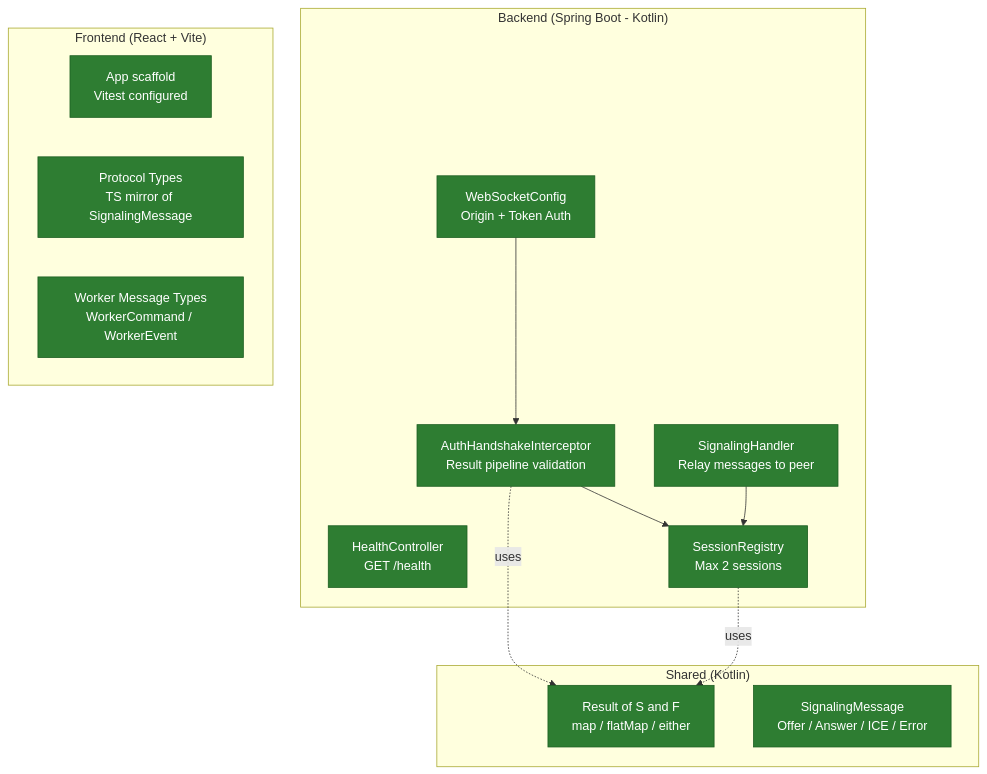
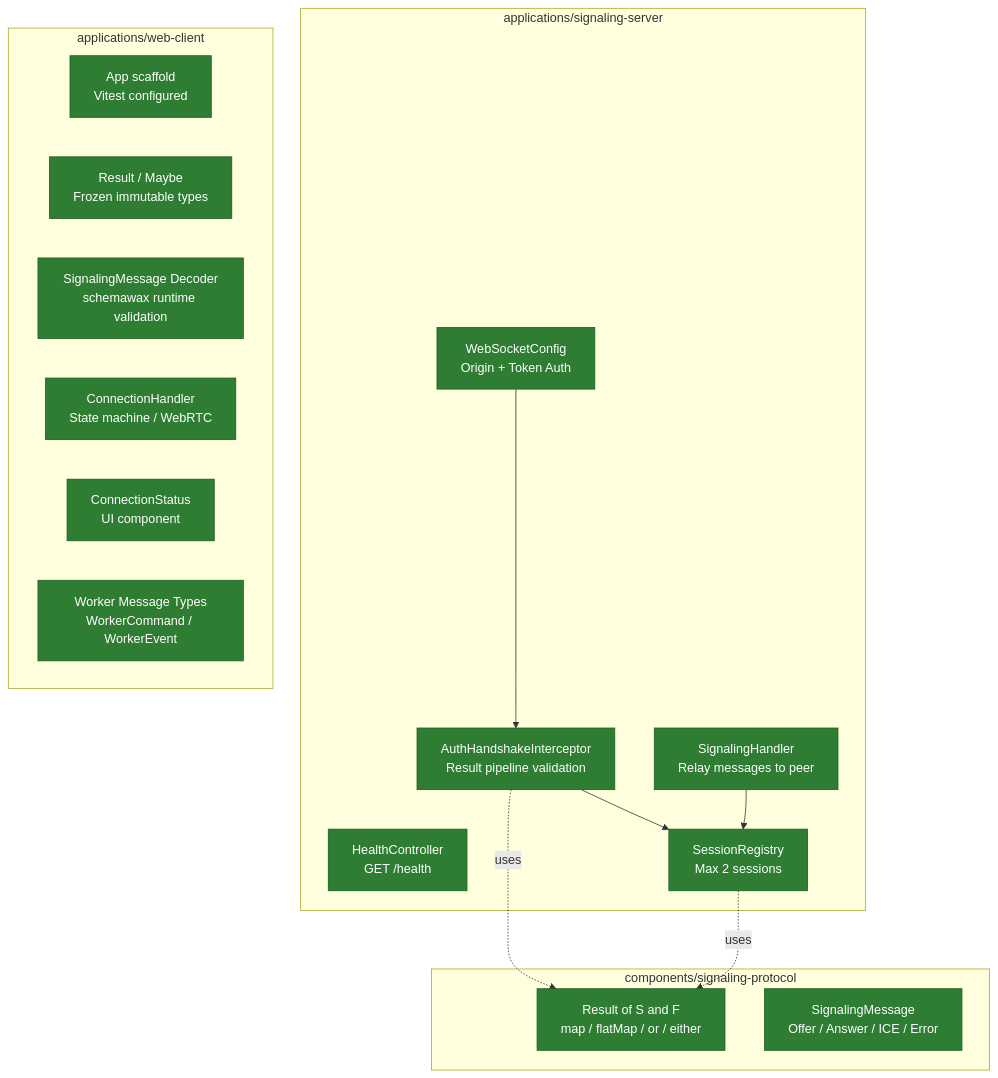
The first of 5 diagrams in docs/architecture.md (RyanDur/battleship), drawn with Mermaid before and after one commit. The commit also changed other lines of this file and 1 other file, not shown here.

Commit message:
Update README with project values, practices, and App Continuum structure
Document coding style (mixed paradigm, immutability, Result/Maybe types,
semantic naming), development process (TDD, trunk-based), quality gates
(pre-push hook), and tech stack. Update architecture diagram to reflect
App Continuum layout and current frontend state.

````diff
--- a/docs/architecture.md
+++ b/docs/architecture.md
@@ -5,37 +5,43 @@
 ```mermaid
 graph TB
-    subgraph "Backend (Spring Boot - Kotlin)"
+    subgraph "applications/signaling-server"
         HC[HealthController<br/>GET /health]
         WC[WebSocketConfig<br/>Origin + Token Auth]
         AH[AuthHandshakeInterceptor<br/>Result pipeline validation]
         SH[SignalingHandler<br/>Relay messages to peer]
         SR[SessionRegistry<br/>Max 2 sessions]
     end
 
-    subgraph "Shared (Kotlin)"
-        RT[Result of S and F<br/>map / flatMap / either]
+    subgraph "components/signaling-protocol"
+        RT[Result of S and F<br/>map / flatMap / or / either]
         SM[SignalingMessage<br/>Offer / Answer / ICE / Error]
     end
 
-    subgraph "Frontend (React + Vite)"
+    subgraph "applications/web-client"
         APP[App scaffold<br/>Vitest configured]
-        PT[Protocol Types<br/>TS mirror of SignalingMessage]
+        RS[Result / Maybe<br/>Frozen immutable types]
+        DC[SignalingMessage Decoder<br/>schemawax runtime validation]
+        CH[ConnectionHandler<br/>State machine / WebRTC]
+        CS[ConnectionStatus<br/>UI component]
         WT[Worker Message Types<br/>WorkerCommand / WorkerEvent]
     end
 
     WC --> AH --> SR
     SH --> SR
     AH -.->|uses| RT
     SR -.->|uses| RT
 
     style HC fill:#2e7d32,stroke:#1b5e20,color:#fff
     style WC fill:#2e7d32,stroke:#1b5e20,color:#fff
     style AH fill:#2e7d32,stroke:#1b5e20,color:#fff
     style SH fill:#2e7d32,stroke:#1b5e20,color:#fff
     style SR fill:#2e7d32,stroke:#1b5e20,color:#fff
     style RT fill:#2e7d32,stroke:#1b5e20,color:#fff
     style SM fill:#2e7d32,stroke:#1b5e20,color:#fff
     style APP fill:#2e7d32,stroke:#1b5e20,color:#fff
-    style PT fill:#2e7d32,stroke:#1b5e20,color:#fff
+    style RS fill:#2e7d32,stroke:#1b5e20,color:#fff
+    style DC fill:#2e7d32,stroke:#1b5e20,color:#fff
+    style CH fill:#2e7d32,stroke:#1b5e20,color:#fff
+    style CS fill:#2e7d32,stroke:#1b5e20,color:#fff
     style WT fill:#2e7d32,stroke:#1b5e20,color:#fff
 ```
````
